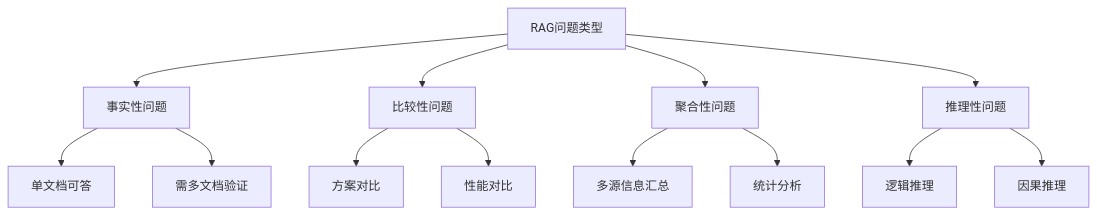
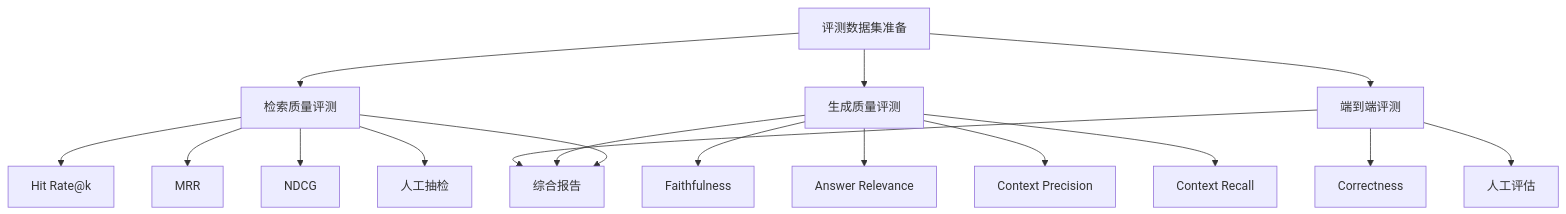
One commit to KasonLee-marker/ai-agent-interview-questions changed the second of 2 diagrams in evaluation/rag-evaluation-metrics.md. Above: the diagram before and after it, drawn with Mermaid. The commit also changed other lines of this file and 17 other files, not shown here.

````diff
--- a/evaluation/rag-evaluation-metrics.md
+++ b/evaluation/rag-evaluation-metrics.md
@@ -331,19 +248,22 @@
 ```mermaid
 flowchart TD
-    A[RAG问题类型] --> B[事实性问题]
-    A --> C[比较性问题]
-    A --> D[聚合性问题]
-    A --> E[推理性问题]
+    A[评测数据集准备] --> B[检索质量评测]
+    A --> C[生成质量评测]
+    A --> D[端到端评测]
+    B --> E[综合报告]
+    C --> E
+    D --> E
     
-    B --> B1[单文档可答]
-    B --> B2[需多文档验证]
+    B --> B1[Hit Rate@k]
+    B --> B2[MRR]
+    B --> B3[NDCG]
+    B --> B4[人工抽检]
     
-    C --> C1[方案对比]
-    C --> C2[性能对比]
+    C --> C1[Faithfulness]
+    C --> C2[Answer Relevance]
+    C --> C3[Context Precision]
+    C --> C4[Context Recall]
     
-    D --> D1[多源信息汇总]
-    D --> D2[统计分析]
-    
-    E --> E1[逻辑推理]
-    E --> E2[因果推理]
+    D --> D1[Correctness]
+    D --> D2[人工评估]
 ```
````
